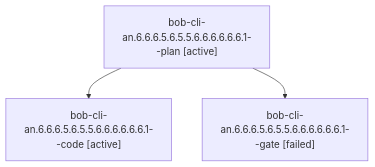
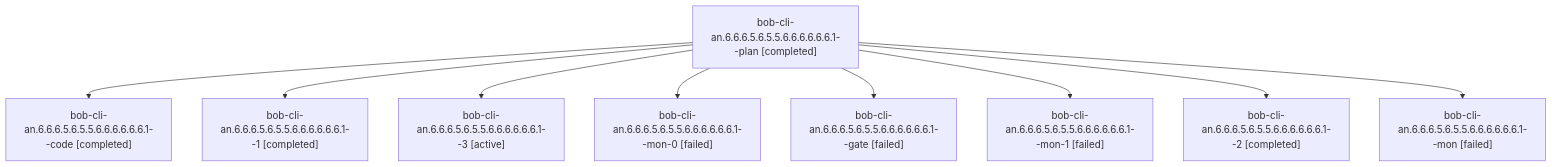
Before and after one commit to bobs-org/bob-cli--agents: the diagram in sessions/bbugyi200.athena.bob-cli-an.6.6.6.5.6.5.5.6.6.6.6.6.6.1.md, drawn with Mermaid. The commit also changed other lines of this file and 294 other files, not shown here.

````diff
--- a/sessions/bbugyi200.athena.bob-cli-an.6.6.6.5.6.5.5.6.6.6.6.6.6.1.md
+++ b/sessions/bbugyi200.athena.bob-cli-an.6.6.6.5.6.5.5.6.6.6.6.6.6.1.md
@@ -9,8 +9,20 @@
 ```mermaid
 flowchart TD
-  n0["bob-cli-an.6.6.6.5.6.5.5.6.6.6.6.6.6.1--plan [active]"]
-  n1["bob-cli-an.6.6.6.5.6.5.5.6.6.6.6.6.6.1--code [active]"]
+  n0["bob-cli-an.6.6.6.5.6.5.5.6.6.6.6.6.6.1--plan [completed]"]
+  n1["bob-cli-an.6.6.6.5.6.5.5.6.6.6.6.6.6.1--code [completed]"]
   n0 --> n1
-  n2["bob-cli-an.6.6.6.5.6.5.5.6.6.6.6.6.6.1--gate [failed]"]
+  n2["bob-cli-an.6.6.6.5.6.5.5.6.6.6.6.6.6.1--1 [completed]"]
   n0 --> n2
+  n3["bob-cli-an.6.6.6.5.6.5.5.6.6.6.6.6.6.1--3 [active]"]
+  n0 --> n3
+  n4["bob-cli-an.6.6.6.5.6.5.5.6.6.6.6.6.6.1--mon-0 [failed]"]
+  n0 --> n4
+  n5["bob-cli-an.6.6.6.5.6.5.5.6.6.6.6.6.6.1--gate [failed]"]
+  n0 --> n5
+  n6["bob-cli-an.6.6.6.5.6.5.5.6.6.6.6.6.6.1--mon-1 [failed]"]
+  n0 --> n6
+  n7["bob-cli-an.6.6.6.5.6.5.5.6.6.6.6.6.6.1--2 [completed]"]
+  n0 --> n7
+  n8["bob-cli-an.6.6.6.5.6.5.5.6.6.6.6.6.6.1--mon [failed]"]
+  n0 --> n8
 ```
````
